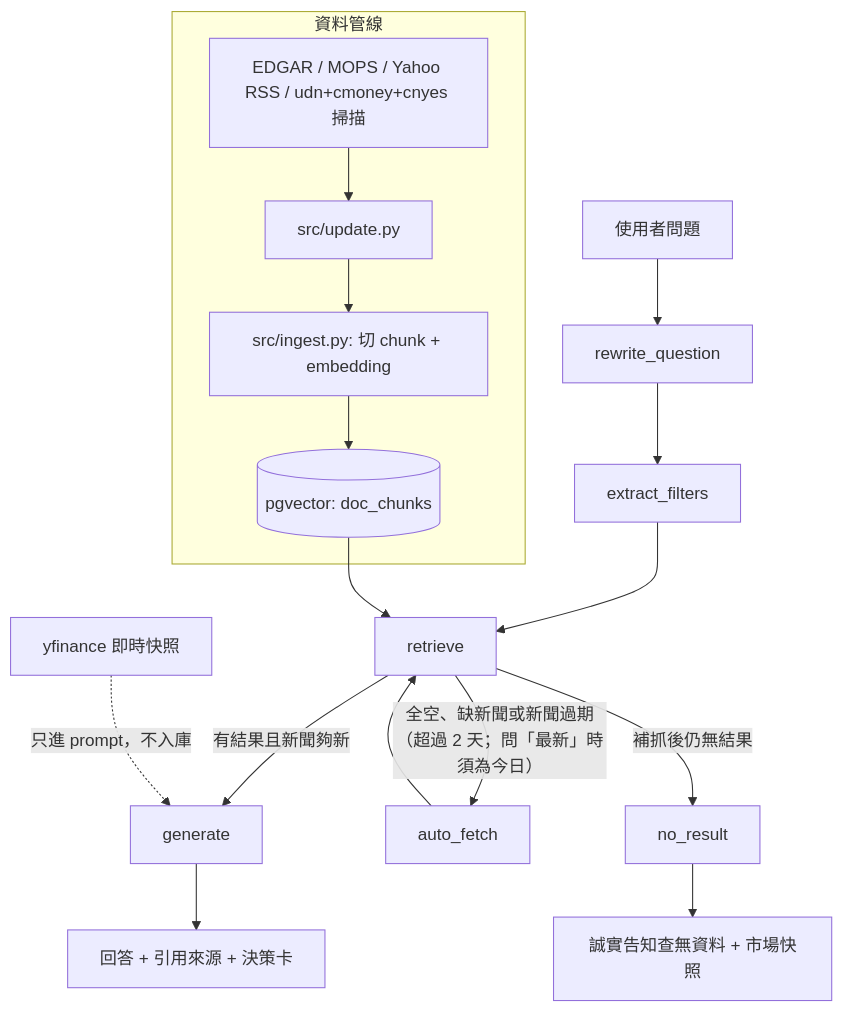
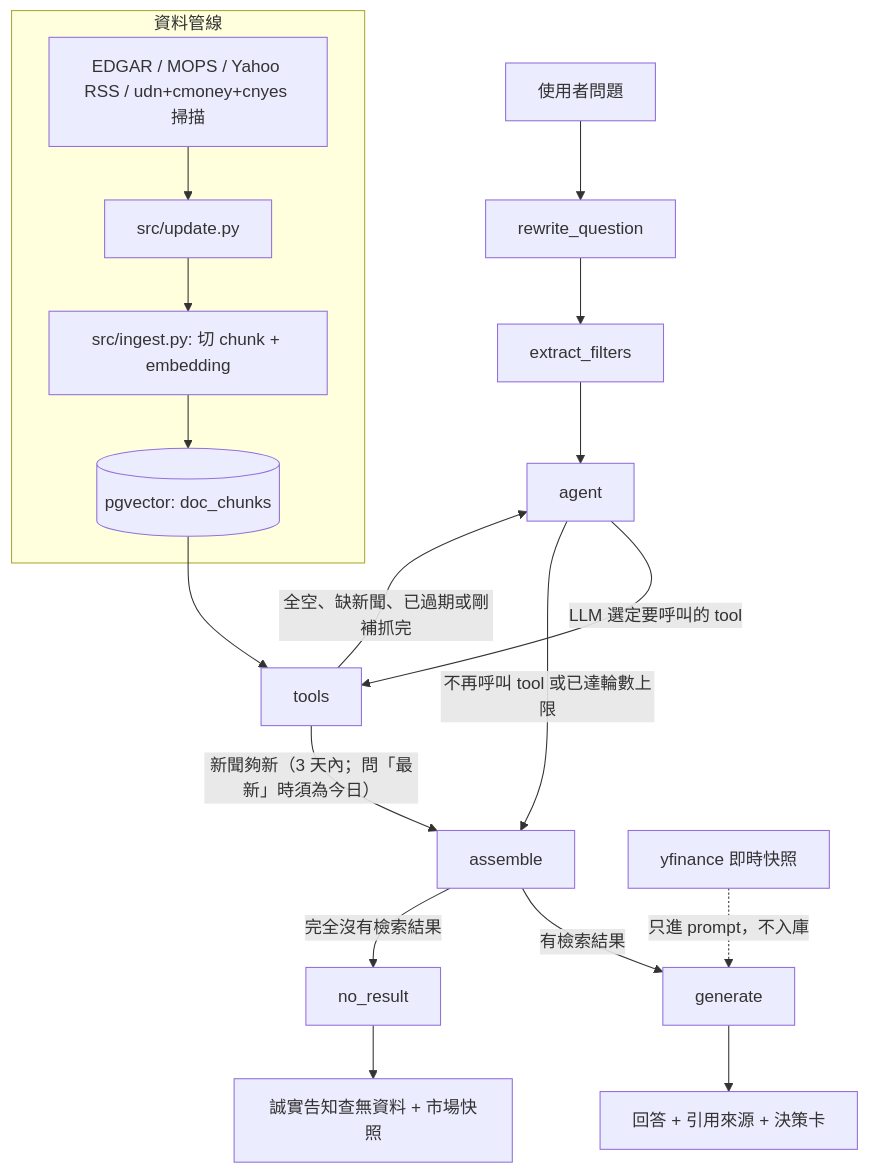
Before and after one commit to thelilywang/finance-ai-assistant: the second of 2 diagrams in README.md, drawn with Mermaid. The commit also changed other lines of this file and 2 other files, not shown here.

Commit message:
docs: sync architecture diagrams with the current LangGraph structure
The six mermaid blocks and the node tables still described the pre-09-07
flow, with retrieve and auto_fetch nodes that no longer exist. They were
already stale before this branch; the routing change made the gap worse.

Redrawn from the actual build_graph().get_graph().draw_mermaid() output
so the node and edge sets match the code: agent -> tools/assemble,
tools -> assemble/agent, assemble -> generate/no_result. Also updates the
four one-line node-flow strings and replaces the retrieve/auto_fetch rows
in the node tables with agent/tools/assemble.

````diff
--- a/README.md
+++ b/README.md
@@ -155,20 +157,22 @@
 ```mermaid
 flowchart TD
     U[使用者問題] --> RW[rewrite_question]
     RW --> EF[extract_filters]
-    EF --> RT[retrieve]
-    RT -->|"有結果且新聞夠新"| GEN[generate]
-    RT -->|"全空、缺新聞或新聞過期（超過 2 天；問「最新」時須為今日）"| AF[auto_fetch]
-    AF --> RT
-    RT -->|補抓後仍無結果| NR[no_result]
+    EF --> AG[agent]
+    AG -->|LLM 選定要呼叫的 tool| TL[tools]
+    AG -->|不再呼叫 tool 或已達輪數上限| AS[assemble]
+    TL -->|"新聞夠新（3 天內；問「最新」時須為今日）"| AS
+    TL -->|"全空、缺新聞、已過期或剛補抓完"| AG
+    AS -->|有檢索結果| GEN[generate]
+    AS -->|完全沒有檢索結果| NR[no_result]
     GEN --> A[回答 + 引用來源 + 決策卡]
     NR --> B[誠實告知查無資料 + 市場快照]
 
     subgraph 資料管線
         SRC[EDGAR / MOPS / Yahoo RSS / udn+cmoney+cnyes 掃描] --> UP[src/update.py]
         UP --> ING[src/ingest.py: 切 chunk + embedding]
         ING --> PG[(pgvector: doc_chunks)]
     end
-    PG --> RT
+    PG --> TL
     YF[yfinance 即時快照] -.只進 prompt，不入庫.-> GEN
 ```
````
